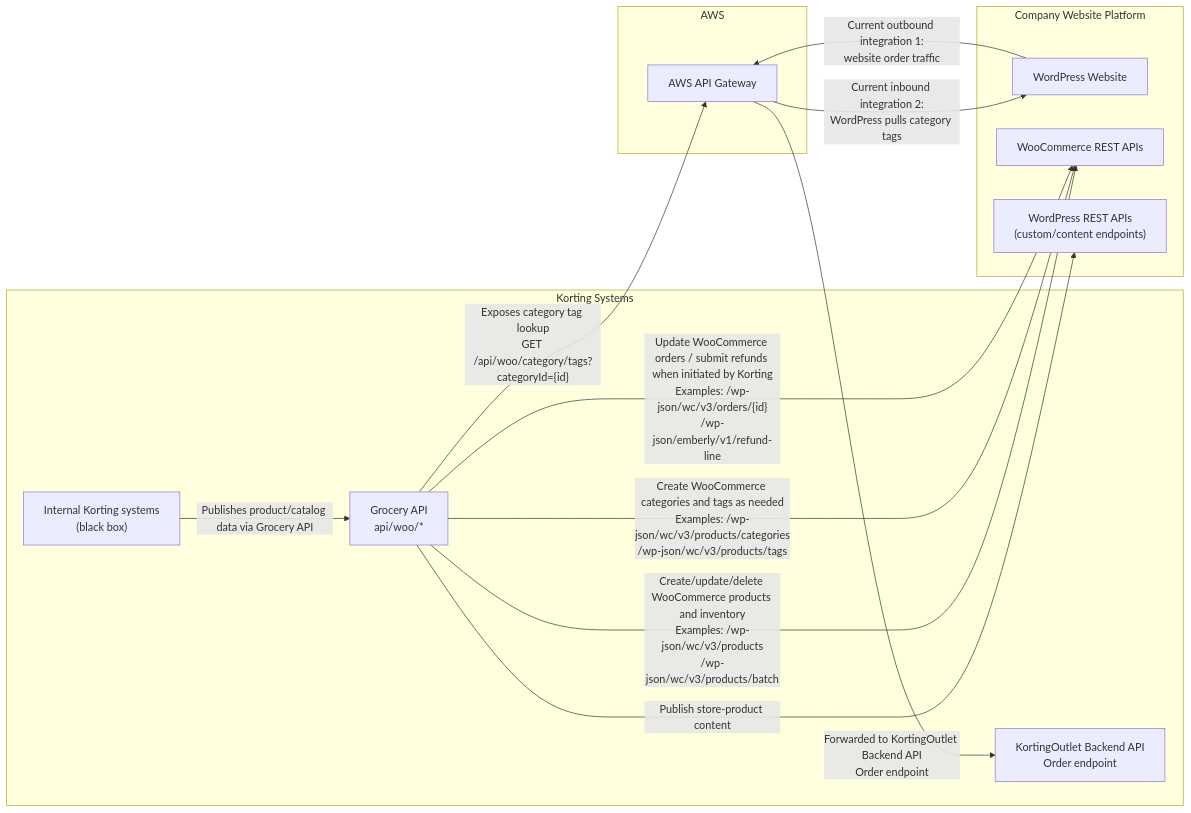
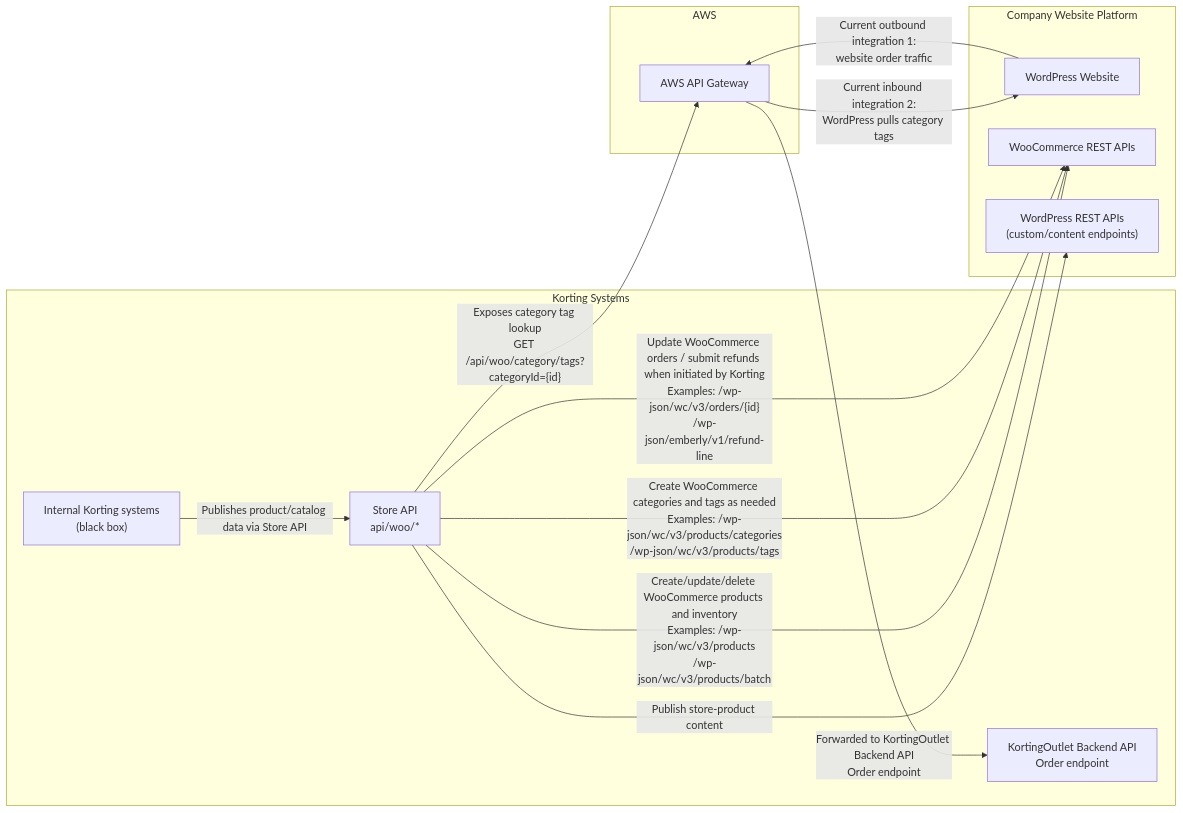
Before and after one commit to KortingOutlets/docs: the diagram in woocommerce-wordpress-integration-architecture.md, drawn with Mermaid. The commit also changed other lines of this file, not shown here.

Commit message:
store api naming

````diff
--- a/woocommerce-wordpress-integration-architecture.md
+++ b/woocommerce-wordpress-integration-architecture.md
@@ -11,31 +11,31 @@
 ```mermaid
 flowchart LR
     subgraph KORTING["Korting Systems"]
         INTERNAL["Internal Korting systems<br/>(black box)"]
-        GROCERY["Grocery API<br/>api/woo/*"]
+        GROCERY["Store API<br/>api/woo/*"]
         OUTLET["KortingOutlet Backend API<br/>Order endpoint"]
     end
 
     subgraph AWS["AWS"]
         APIGW["AWS API Gateway"]
     end
 
     subgraph SITE["Company Website Platform"]
         WP["WordPress Website"]
         WC["WooCommerce REST APIs"]
         WPR["WordPress REST APIs<br/>(custom/content endpoints)"]
     end
 
-    INTERNAL -->|"Publishes product/catalog data via Grocery API"| GROCERY
+    INTERNAL -->|"Publishes product/catalog data via Store API"| GROCERY
 
     GROCERY -->|"Create/update/delete WooCommerce products and inventory<br/>Examples: /wp-json/wc/v3/products<br/>/wp-json/wc/v3/products/batch"| WC
     GROCERY -->|"Create WooCommerce categories and tags as needed<br/>Examples: /wp-json/wc/v3/products/categories<br/>/wp-json/wc/v3/products/tags"| WC
     GROCERY -->|"Publish store-product content"| WPR
     GROCERY -->|"Update WooCommerce orders / submit refunds when initiated by Korting<br/>Examples: /wp-json/wc/v3/orders/{id}<br/>/wp-json/emberly/v1/refund-line"| WC
 
     WP -->|"Current outbound integration 1:<br/>website order traffic"| APIGW
     APIGW -->|"Forwarded to KortingOutlet Backend API<br/>Order endpoint"| OUTLET
 
     GROCERY -->|"Exposes category tag lookup<br/>GET /api/woo/category/tags?categoryId={id}"| APIGW
     APIGW -->|"Current inbound integration 2:<br/>WordPress pulls category tags"| WP
 ```
````
